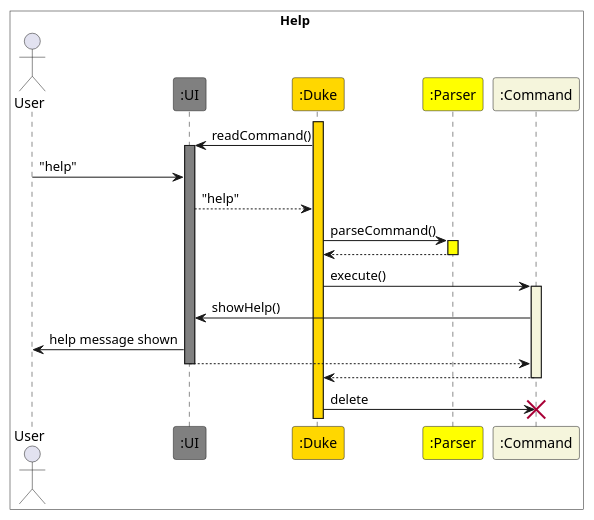
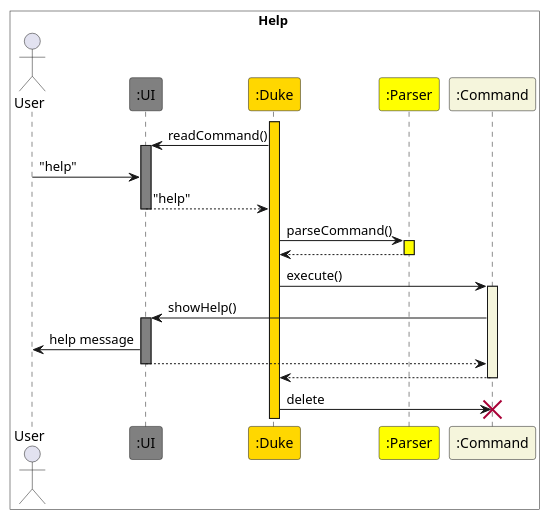
Before and after one commit to nus-cs2113-AY2223S2/tp: the diagram in docs/PlantUML/Help.puml, drawn with PlantUML. The commit also changed 15 other files, not shown here.

Commit message:
Fixes sequence diagrams and DG format with InvalidInputCharacterException add (missed in previous commit)

```diff
--- a/docs/PlantUML/Help.puml
+++ b/docs/PlantUML/Help.puml
@@ -1,31 +1,33 @@
 @startuml Help
 box Help #White
 Actor User
 participant ":UI" as UI #Gray
 participant ":Duke" as Duke #Gold
 participant ":Parser" as Parser #Yellow
-participant ":Command" as Command1 #Beige
+participant ":Command" as Command #Beige
 end box
 
 activate Duke #Gold
 Duke -> UI : readCommand()
 activate UI #Gray
 User -> UI : "help"
 UI --> Duke : "help"
+deactivate UI
 Duke -> Parser : parseCommand()
 activate Parser #Yellow
 Parser --> Duke
 deactivate Parser
-Duke -> Command1 : execute()
-activate Command1 #Beige
-Command1 -> UI : showHelp()
-UI -> User : help message shown
-UI --> Command1
+Duke -> Command : execute()
+activate Command #Beige
+Command -> UI : showHelp()
+activate UI #Gray
+UI -> User : help message
+UI --> Command
 deactivate UI
-Command1 --> Duke
-deactivate Command1
-Duke -> Command1 : delete
-destroy Command1
+Command --> Duke
+deactivate Command
+Duke -> Command : delete
+destroy Command
 
 
 @enduml
```
